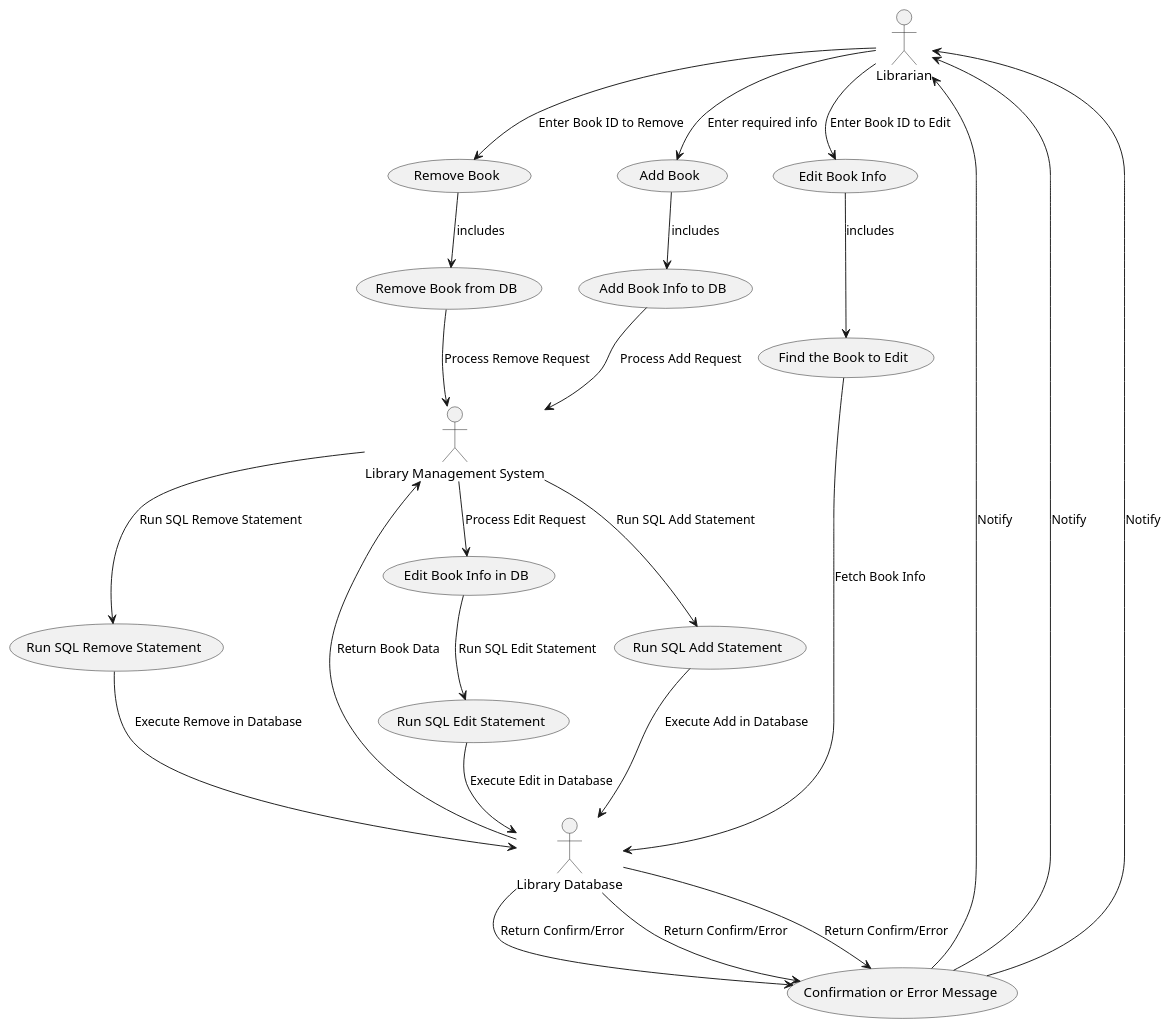
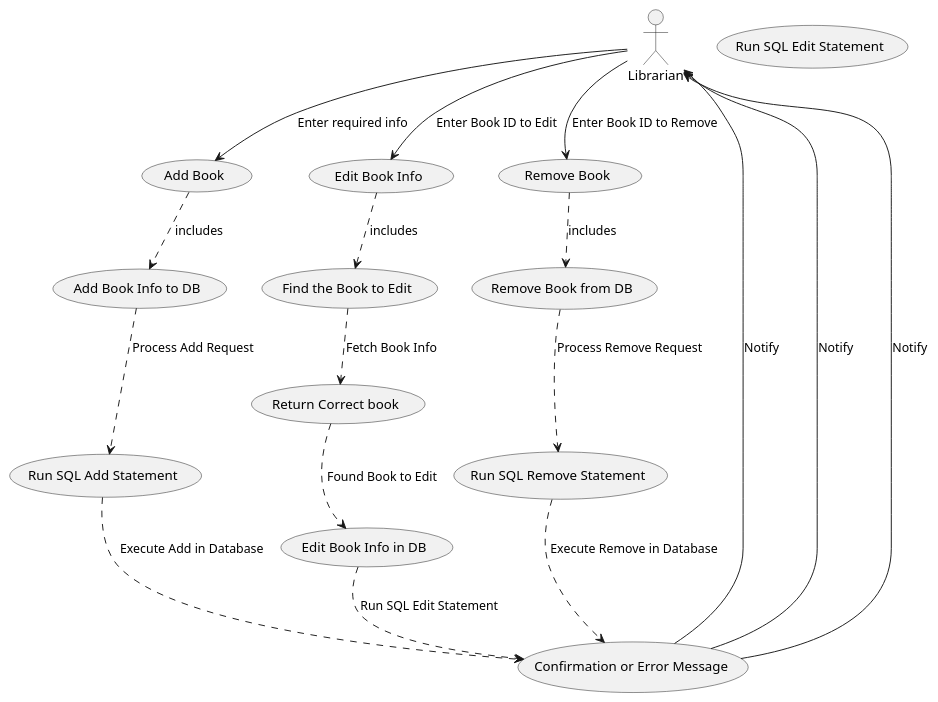
One commit to SalmaAzeem/library-system changed the diagram in diagrams/Manage Books.puml. Above: the diagram before and after it, drawn with PlantUML. The commit also changed 1 other file, not shown here.

Commit message:
Added 2 UMLs for Book searching and Managing Book operations

```diff
--- a/diagrams/Manage Books.puml
+++ b/diagrams/Manage Books.puml
@@ -1,45 +1,37 @@
 @startuml
 actor Librarian as lib
-actor "Library Management System" as Sys
-actor "Library Database" as DB
 
 (Add Book) as Add
 (Edit Book Info) as Edit
 (Remove Book) as Remove
 (Add Book Info to DB) as DBadd
 (Edit Book Info in DB) as DBedit
 (Remove Book from DB) as DBremove
 (Find the Book to Edit) as edit2
 (Run SQL Add Statement) as SqlAdd
 (Run SQL Edit Statement) as SqlEdit
 (Run SQL Remove Statement) as SqlRemove
 (Confirmation or Error Message) as Confirm
+(Return Correct book) as foundBook
 
 lib -down-> Add : Enter required info
 lib -down-> Edit : Enter Book ID to Edit
 lib -down-> Remove : Enter Book ID to Remove
 
-Add -down-> DBadd : includes
-DBadd -down-> Sys : Process Add Request
-Sys -down-> SqlAdd : Run SQL Add Statement
-SqlAdd -down-> DB : Execute Add in Database
-DB -down-> Confirm : Return Confirm/Error
+Add .down.> DBadd : includes
+DBadd .down.> SqlAdd : Process Add Request
+SqlAdd .down.> Confirm : Execute Add in Database
 Confirm -up-> lib : Notify
 
-Edit -down-> edit2 : includes
-edit2 -down-> DB : Fetch Book Info
-DB -down-> Sys : Return Book Data
-Sys -down-> DBedit : Process Edit Request
-DBedit -down-> SqlEdit : Run SQL Edit Statement
-SqlEdit -down-> DB : Execute Edit in Database
-DB -down-> Confirm : Return Confirm/Error
+Edit .down.> edit2 : includes
+edit2 .down.> foundBook : Fetch Book Info
+foundBook ..> DBedit : Found Book to Edit
+DBedit -down.> Confirm : Run SQL Edit Statement
 Confirm -up-> lib : Notify
 
-Remove -down-> DBremove : includes
-DBremove -down-> Sys : Process Remove Request
-Sys -down-> SqlRemove : Run SQL Remove Statement
-SqlRemove -down-> DB : Execute Remove in Database
-DB -down-> Confirm : Return Confirm/Error
+Remove -down.> DBremove : includes
+DBremove -down.> SqlRemove : Process Remove Request
+SqlRemove -down.> Confirm : Execute Remove in Database
 Confirm -up-> lib : Notify
 
 @enduml
```
